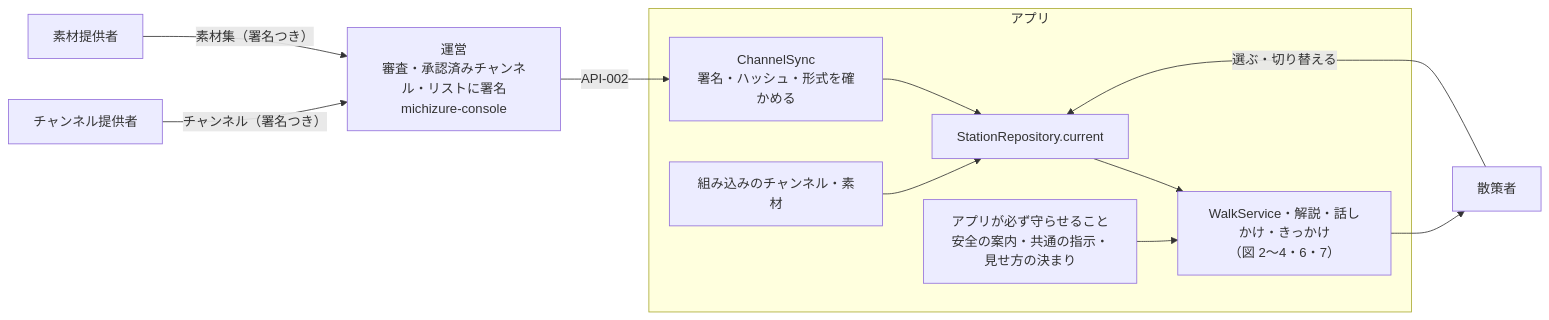
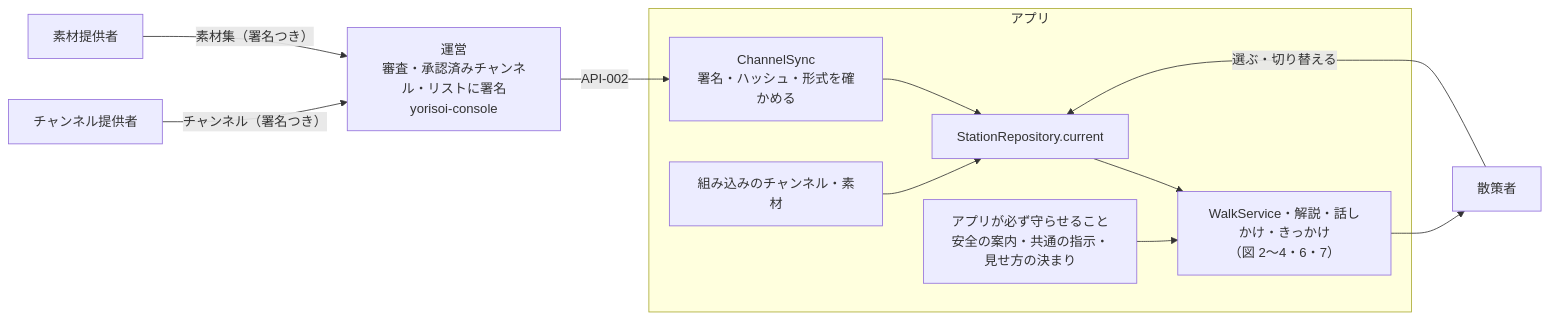
Before and after one commit to duwenji/yorisoi-sanpoguide: the first of 8 diagrams in docs/architecture.md, drawn with Mermaid. The commit also changed other lines of this file and 211 other files, not shown here.

First line of the commit message:
chore: エコシステムの名前を michizure から yorisoi に改める

````diff
--- a/docs/architecture.md
+++ b/docs/architecture.md
@@ -16,14 +16,14 @@
 ```mermaid
 flowchart LR
   CP["チャンネル提供者"] -- "チャンネル（署名つき）" --> OPS
   MP["素材提供者"] -- "素材集（署名つき）" --> OPS
-  OPS["運営<br/>審査・承認済みチャンネル・リストに署名<br/>michizure-console"] -- "API-002" --> Sync
+  OPS["運営<br/>審査・承認済みチャンネル・リストに署名<br/>yorisoi-console"] -- "API-002" --> Sync
   subgraph APP["アプリ"]
     BuiltIn["組み込みのチャンネル・素材"] --> Repo
     Sync["ChannelSync<br/>署名・ハッシュ・形式を確かめる"] --> Repo["StationRepository.current"]
     Repo --> Walk["WalkService・解説・話しかけ・きっかけ<br/>（図 2〜4・6・7）"]
     Guard["アプリが必ず守らせること<br/>安全の案内・共通の指示・見せ方の決まり"] --> Walk
   end
   Walk --> W["散策者"]
   W -- "選ぶ・切り替える" --> Repo
 ```
````
